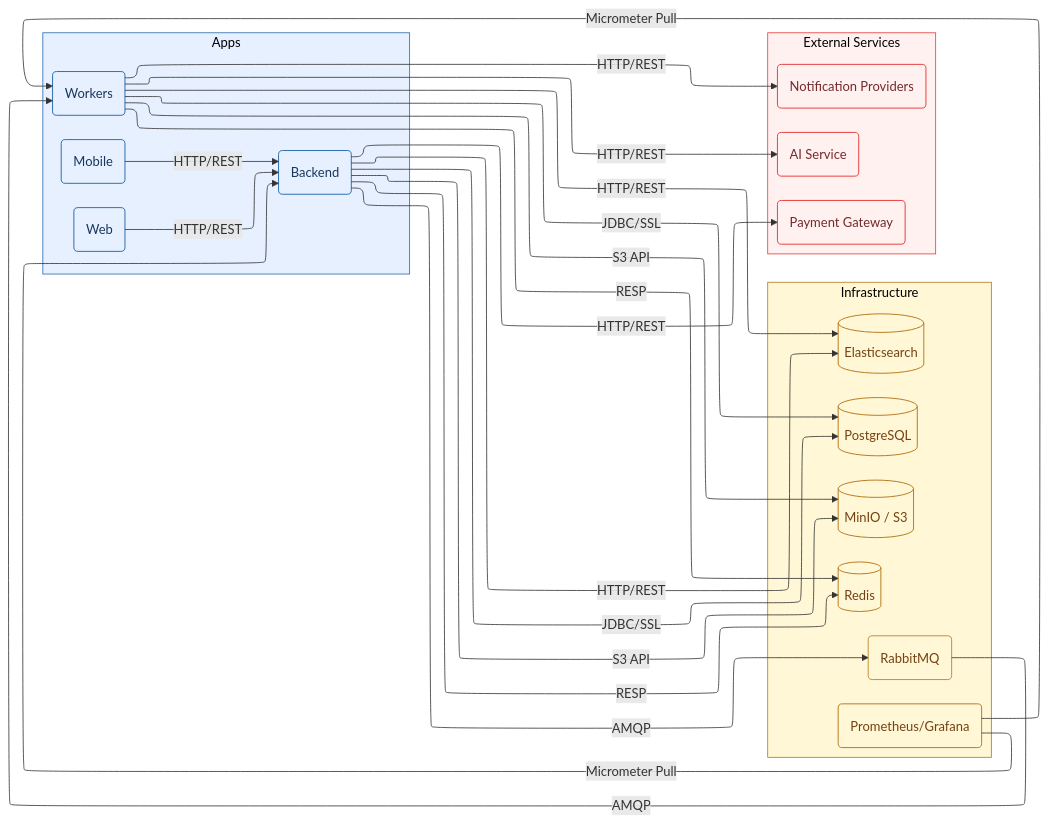
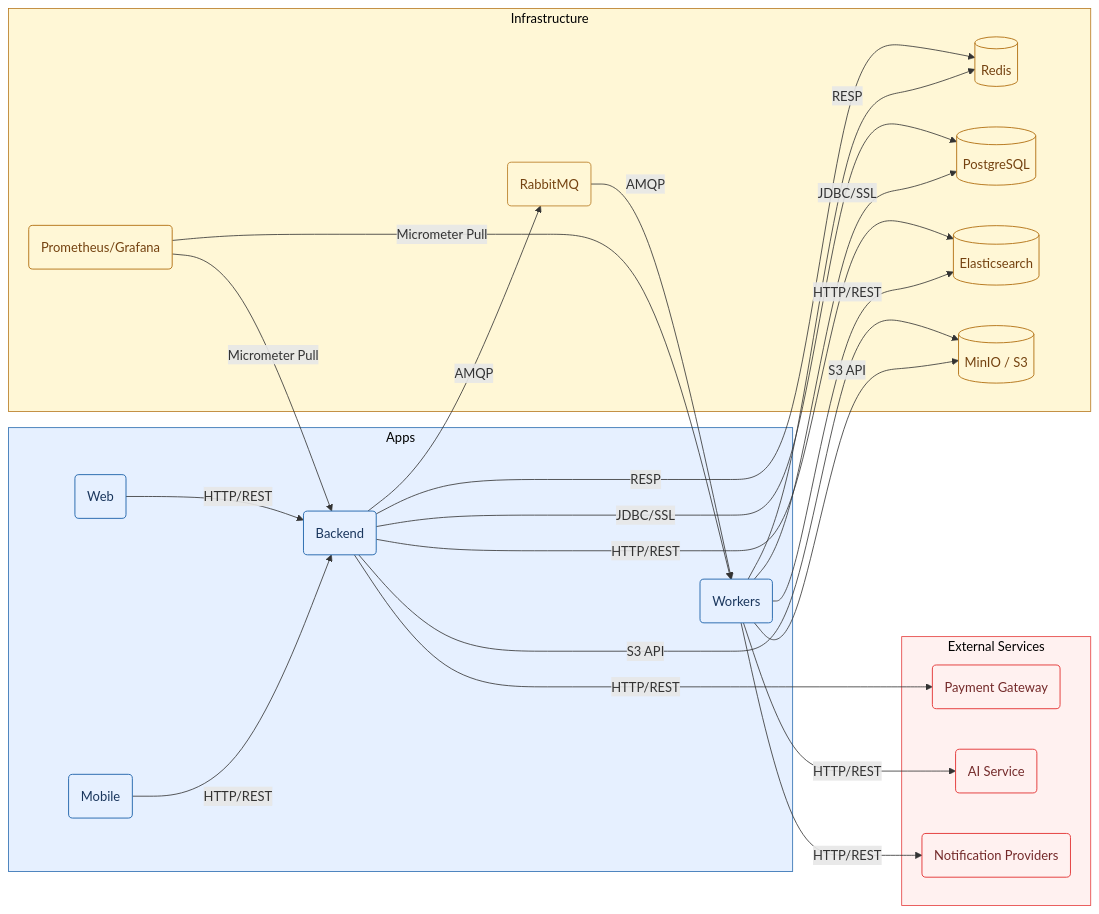
Before and after one commit to phatnguyen975/unihub-workshop: the first of 5 diagrams in docs/project-structure.md, drawn with Mermaid. The commit also changed other lines of this file and 41 other files, not shown here.

````diff
--- a/docs/project-structure.md
+++ b/docs/project-structure.md
@@ -28,76 +28,59 @@
 ```mermaid
----
-config:
-  layout: elk
----
 flowchart LR
   subgraph Apps["Apps"]
-    Web["Web"]
-    Mobile["Mobile"]
-    Backend["Backend"]
-    Workers["Workers"]
+    Web("Web")
+    Mobile("Mobile")
+    Backend("Backend")
+    Workers("Workers")
   end
   subgraph Infrastructure["Infrastructure"]
     Redis[("Redis")]
-    Rabbit["RabbitMQ"]
+    Rabbit("RabbitMQ")
     Postgres[("PostgreSQL")]
     ES[("Elasticsearch")]
     MinIO[("MinIO / S3")]
-    Obs["Prometheus/Grafana"]
+    Obs("Prometheus/Grafana")
   end
   subgraph External["External Services"]
-    Pay["Payment Gateway"]
-    AI["AI Service"]
-    Notify["Notification Providers"]
+    Pay("Payment Gateway")
+    AI("AI Service")
+    Notify("Notification Providers")
   end
 
   Web -- HTTP/REST --> Backend
   Mobile -- HTTP/REST --> Backend
   Backend -- AMQP --> Rabbit
   Rabbit -- AMQP --> Workers
   Backend -- RESP --> Redis
   Workers -- RESP --> Redis
   Backend -- JDBC/SSL --> Postgres
   Workers -- JDBC/SSL --> Postgres
   Backend -- HTTP/REST --> ES & Pay
   Workers -- HTTP/REST --> ES & AI & Notify
   Backend -- S3 API --> MinIO
   Workers -- S3 API --> MinIO
   Obs -- Micrometer Pull --> Backend & Workers
 
-  Web@{ shape: rounded}
-  Mobile@{ shape: rounded}
-  Backend@{ shape: rounded}
-  Workers@{ shape: rounded}
-  Rabbit@{ shape: rounded}
-  Obs@{ shape: rounded}
-  Pay@{ shape: rounded}
-  AI@{ shape: rounded}
-  Notify@{ shape: rounded}
-    Web:::app
-    Mobile:::app
-    Backend:::app
-    Workers:::app
-    Redis:::cache
-    Postgres:::db
-    ES:::db
-    MinIO:::storage
-    Obs:::obs
-    Pay:::ext
-    AI:::ext
-    Notify:::ext
   classDef app fill:#e6f0ff,stroke:#2b6cb0,stroke-width:1.2px,color:#1a365d
   classDef cache fill:#ffe6e6,stroke:#c53030,stroke-width:1.2px,color:#742a2a
   classDef db fill:#f0e6ff,stroke:#6b46c1,stroke-width:1.2px,color:#44337a
   classDef storage fill:#e6fffa,stroke:#319795,stroke-width:1.2px,color:#234e52
   classDef obs fill:#fff7d6,stroke:#b7791f,stroke-width:1.2px,color:#744210
   classDef ext fill:#fff1f0,stroke:#e53e3e,stroke-width:1.2px,color:#742a2a
+
+  class Web,Mobile,Backend,Workers app
+  class Redis cache
+  class Postgres,ES db
+  class MinIO storage
+  class Obs obs
+  class Pay,AI,Notify ext
+
   style Redis color:#744210,stroke:#b7791f,fill:#fff7d6
   style Rabbit fill:#fff7d6,color:#744210,stroke:#b7791f
   style Postgres color:#744210,stroke:#b7791f,fill:#fff7d6
   style ES color:#744210,stroke:#b7791f,fill:#fff7d6
   style MinIO stroke:#b7791f,fill:#fff7d6,color:#744210
   style Apps fill:#e6f0ff,stroke:#2b6cb0,color:#000000
   style Infrastructure fill:#fff7d6,stroke:#b7791f,color:#000000
   style External fill:#fff1f0,stroke:#e53e3e,color:#000000
 ```
````
